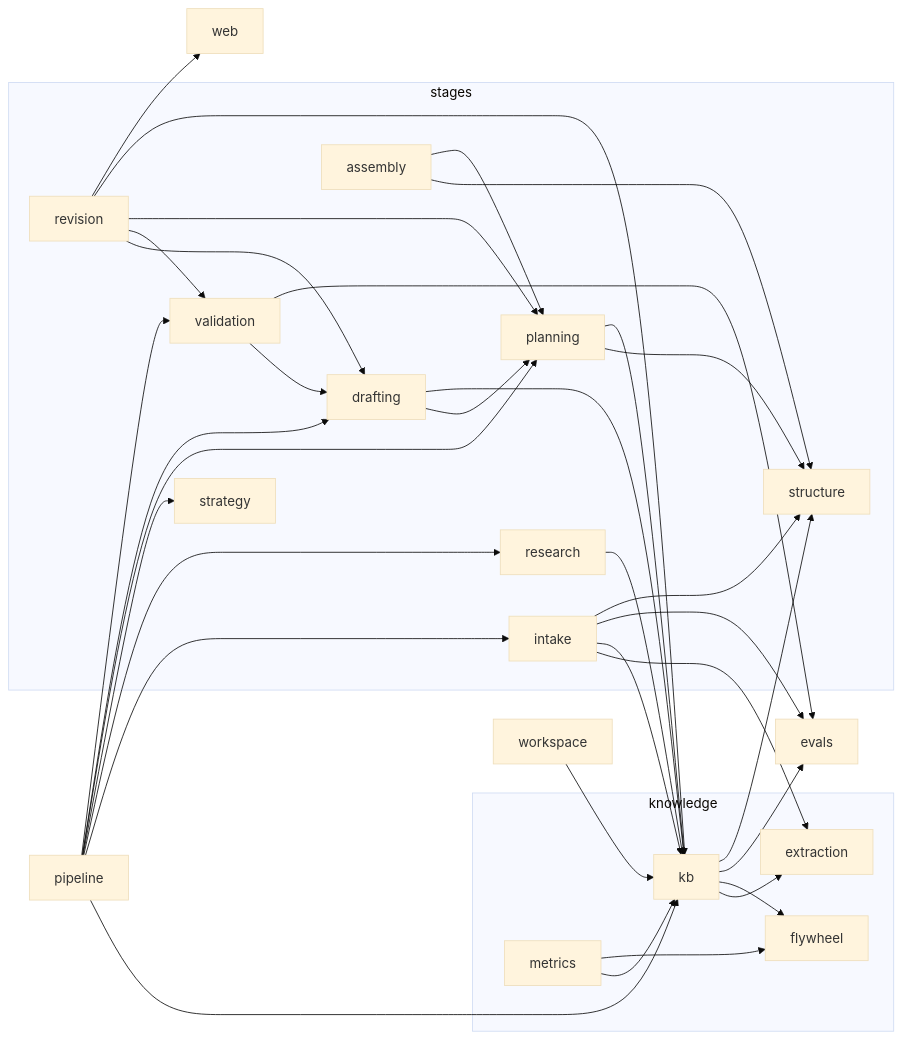
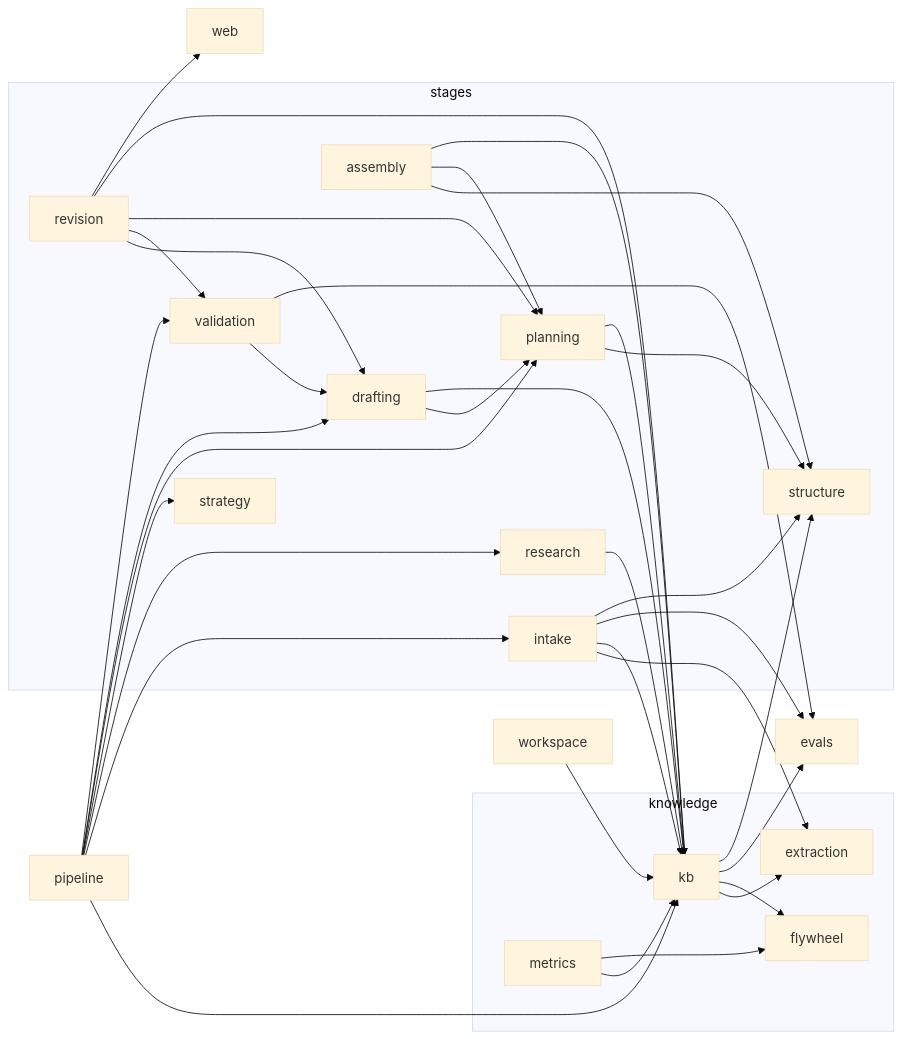
Before and after one commit to jbilling66-spec/rfp-engine: the diagram in docs/graph/modules.md, drawn with Mermaid (base theme). The commit also changed other lines of this file and 16 other files, not shown here.

````diff
--- a/docs/graph/modules.md
+++ b/docs/graph/modules.md
@@ -57,52 +57,53 @@
 ```mermaid
 graph LR
   subgraph stages
     intake
     research
     strategy
     planning
     drafting
     validation
     revision
     assembly
     structure
   end
   subgraph knowledge
     kb
     flywheel
     metrics
     extraction
   end
   pipeline --> intake
   pipeline --> research
   pipeline --> strategy
   pipeline --> planning
   pipeline --> drafting
   pipeline --> validation
   pipeline --> kb
   intake --> extraction
   intake --> kb
   intake --> evals
   intake --> structure
   research --> kb
   planning --> structure
   planning --> kb
   drafting --> planning
   drafting --> kb
   validation --> drafting
   validation --> evals
   revision --> drafting
   revision --> validation
   revision --> planning
   revision --> kb
   revision --> web
   assembly --> structure
   assembly --> planning
+  assembly --> kb
   kb --> extraction
   kb --> flywheel
   kb --> evals
   kb --> structure
   metrics --> kb
   metrics --> flywheel
   workspace --> kb
 ```
````
